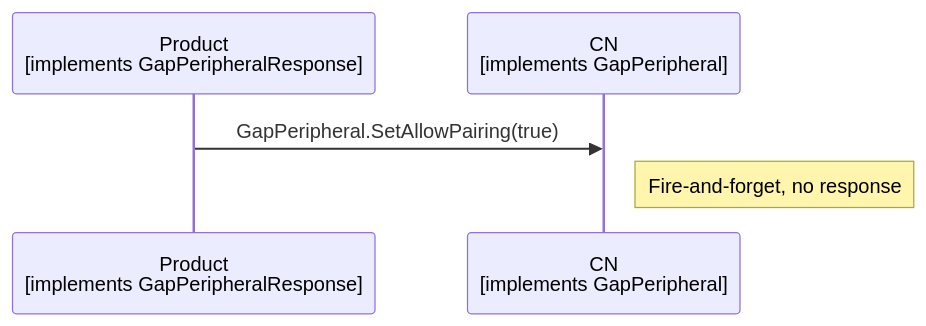
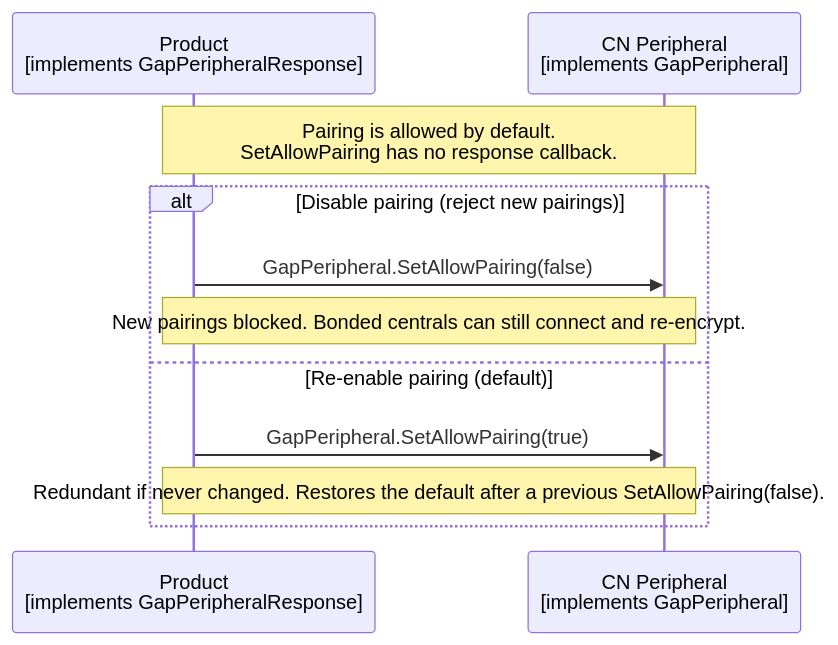
One commit to philips-software/amp-embedded-infra-lib changed the diagram in documents/modules/ROOT/partials/echoservices/gap_peripheral/GapPeripheral_SetAllowPairing_sequence.mmd. Above: the diagram before and after it, drawn with Mermaid. The commit also changed 32 other files, not shown here.

Commit message:
resolve issues with sequence diagrams

```diff
--- a/documents/modules/ROOT/partials/echoservices/gap_peripheral/GapPeripheral_SetAllowPairing_sequence.mmd
+++ b/documents/modules/ROOT/partials/echoservices/gap_peripheral/GapPeripheral_SetAllowPairing_sequence.mmd
@@ -1,5 +1,13 @@
 sequenceDiagram
     participant Product as Product<br>[implements GapPeripheralResponse]
-    participant CN as CN<br>[implements GapPeripheral]
-    Product->>CN: GapPeripheral.SetAllowPairing(true)
-    Note right of CN: Fire-and-forget, no response
+    participant CN as CN Peripheral<br>[implements GapPeripheral]
+
+    Note over Product, CN: Pairing is allowed by default.<br>SetAllowPairing has no response callback.
+
+    alt Disable pairing (reject new pairings)
+        Product->>CN: GapPeripheral.SetAllowPairing(false)
+        Note over Product, CN: New pairings blocked. Bonded centrals can still connect and re-encrypt.
+    else Re-enable pairing (default)
+        Product->>CN: GapPeripheral.SetAllowPairing(true)
+        Note over Product, CN: Redundant if never changed. Restores the default after a previous SetAllowPairing(false).
+    end
```
